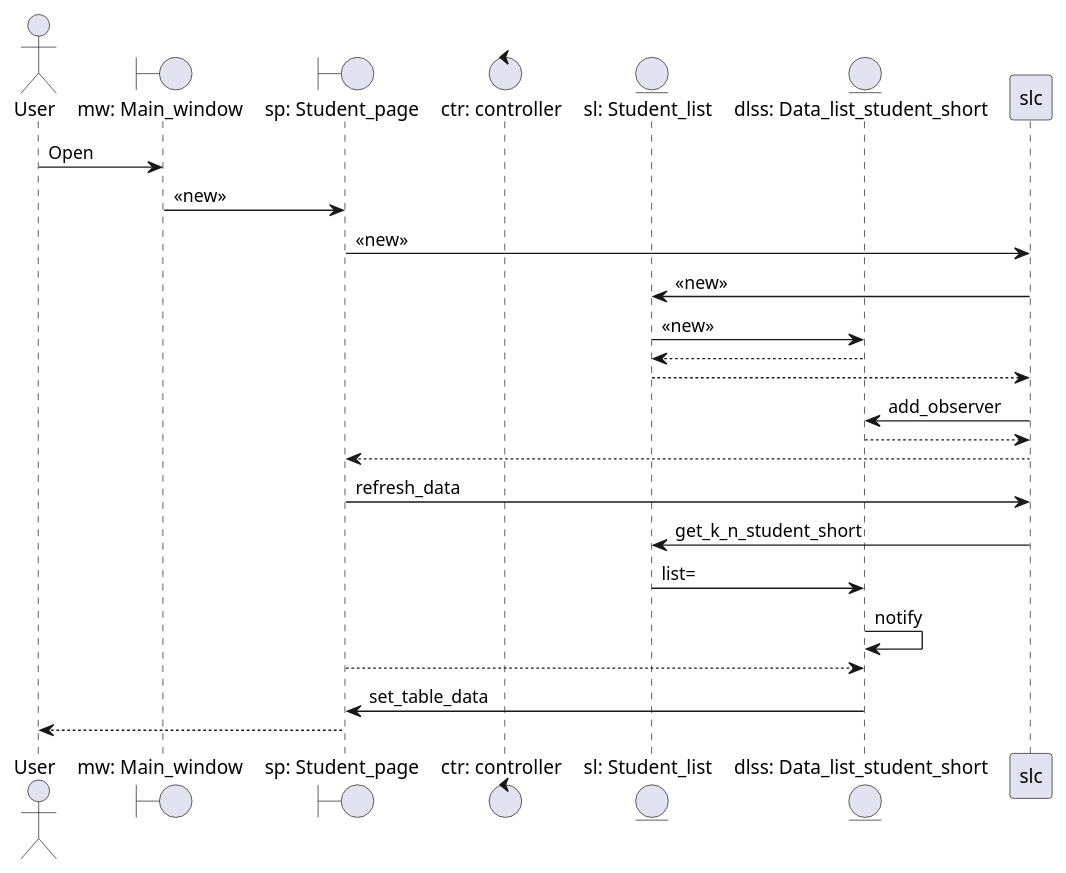
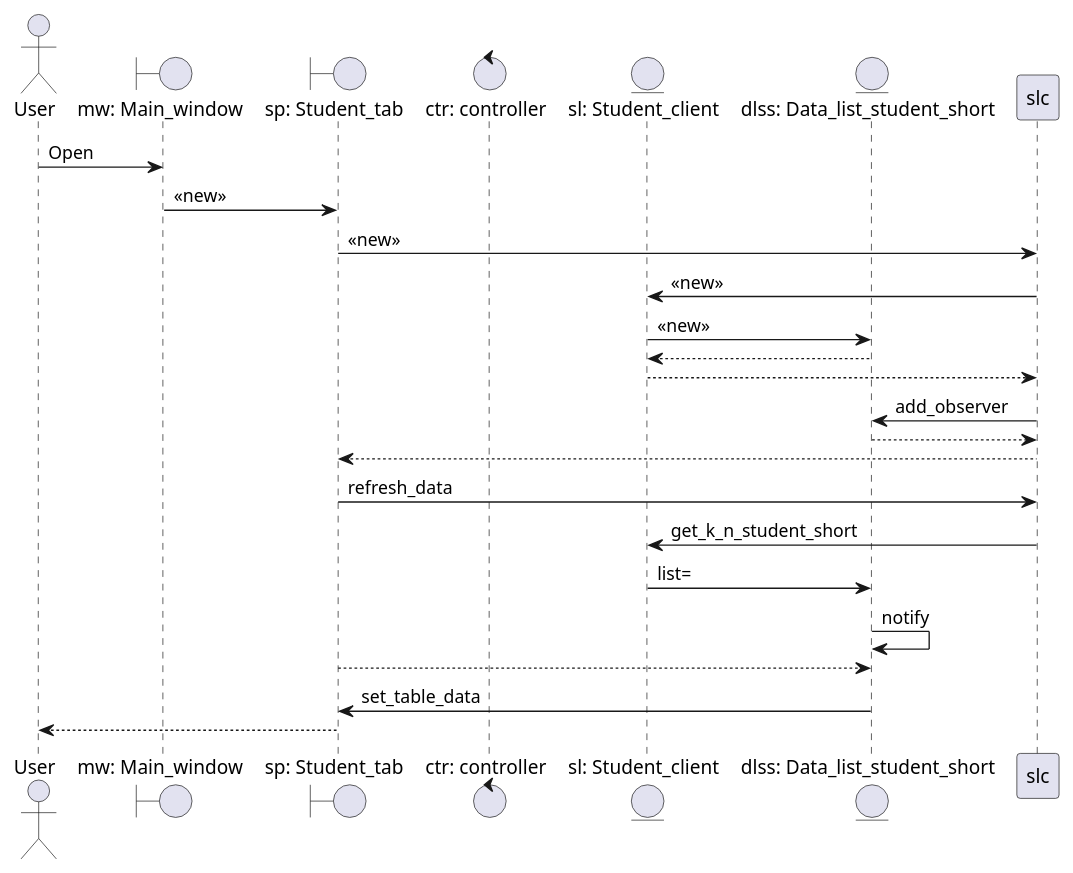
Before and after one commit to ColdEiler/pattern: the diagram in lab2/diagrams/main.puml, drawn with PlantUML. The commit also changed 6 other files, not shown here.

Commit message:
изменения в диаграммах

```diff
--- a/lab2/diagrams/main.puml
+++ b/lab2/diagrams/main.puml
@@ -1,31 +1,31 @@
 @startuml
 'https://plantuml.com/sequence-diagram
 
 
 
 actor       User                                as user
 boundary    "mw: Main_window"                   as mw
-boundary    "sp: Student_page"                  as sp
+boundary    "sp: Student_tab"                   as sp
 control     "ctr: controller"                   as ctr
-entity      "sl: Student_list"                  as sl
+entity      "sl: Student_сlient"                as sl
 entity      "dlss: Data_list_student_short"     as dlss
 
 user -> mw : Open
 mw -> sp : <<new>>
 sp -> slc : <<new>>
 slc -> sl : <<new>>
 sl -> dlss : <<new>>
 sl <-- dlss
 slc <-- sl
 slc -> dlss : add_observer
 slc <-- dlss
 sp <-- slc
 sp -> slc : refresh_data
 slc -> sl : get_k_n_student_short
 sl -> dlss : list=
 dlss -> dlss : notify
 sp --> dlss
 sp <- dlss : set_table_data
 user <-- sp
 
 @enduml
```
